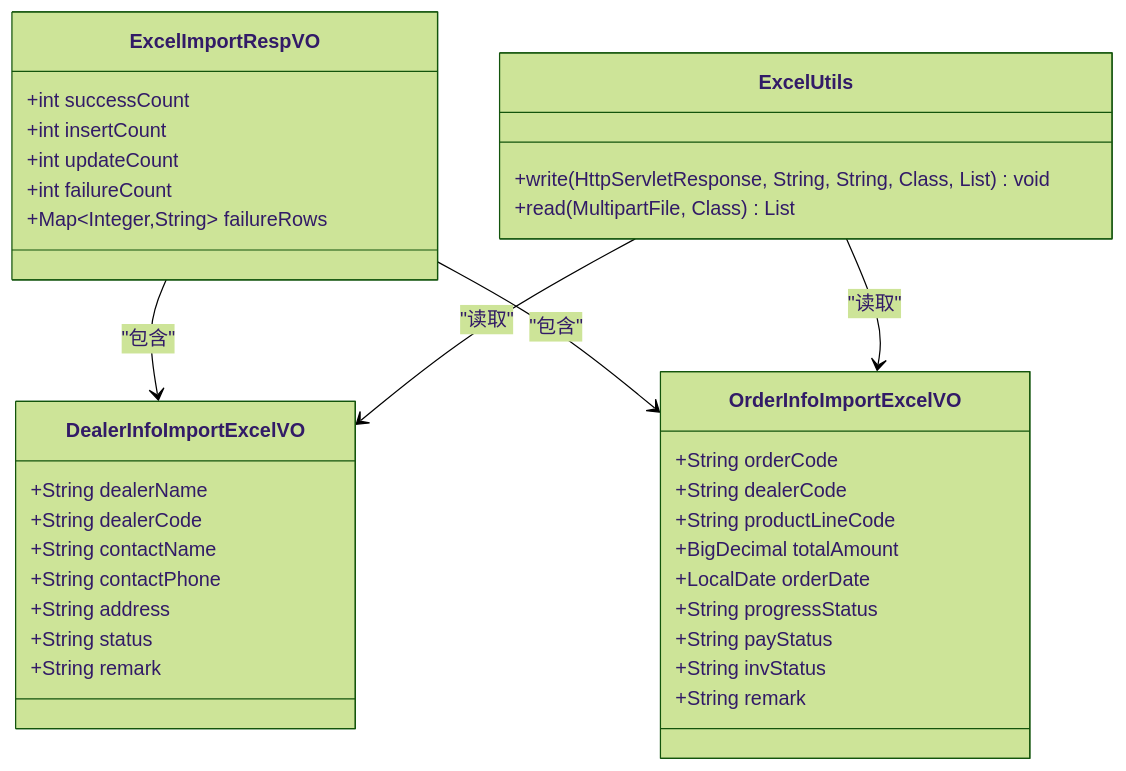
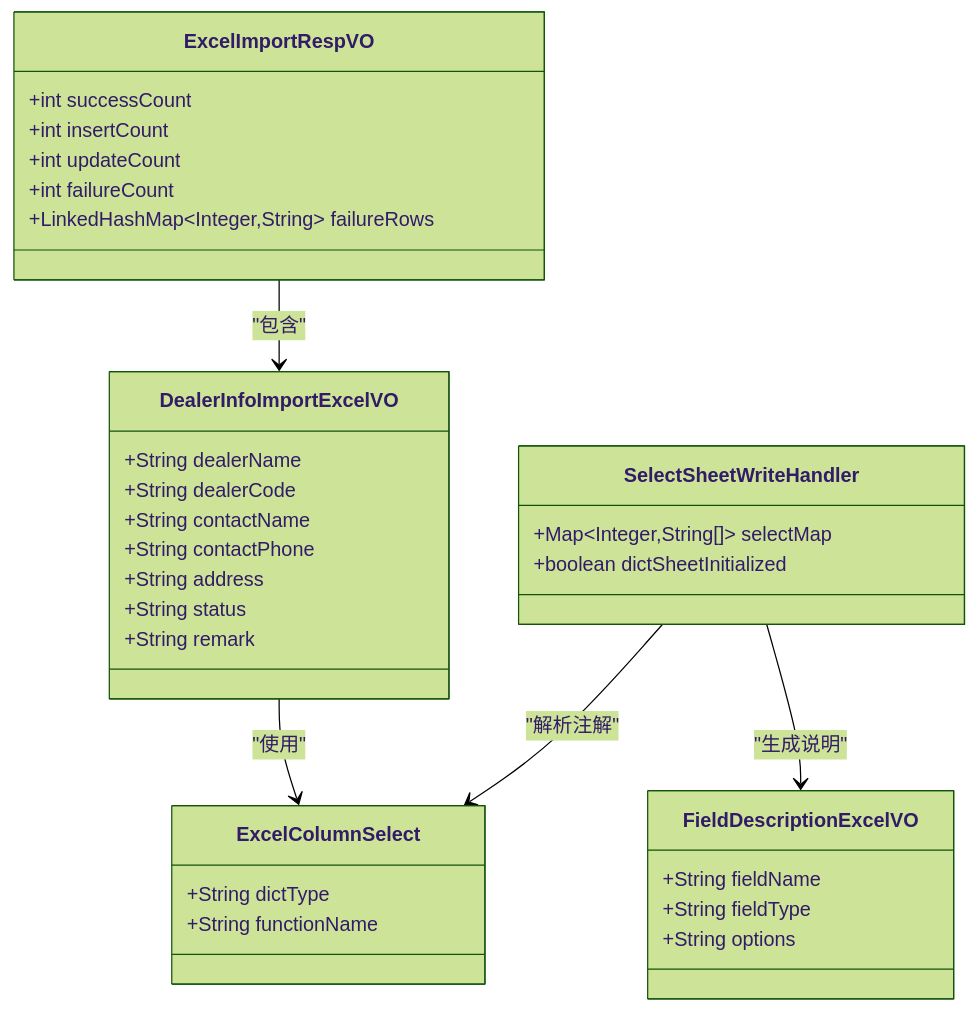
Before and after one commit to xiaoche80s-tech/rouyi-vue-pro: the third of 10 diagrams in .qoder/repowiki/zh/content/核心模块/Excel批量导入功能.md, drawn with Mermaid (forest theme). The commit also changed other lines of this file and 536 other files, not shown here.

````diff
--- a/.qoder/repowiki/zh/content/核心模块/Excel批量导入功能.md
+++ b/.qoder/repowiki/zh/content/核心模块/Excel批量导入功能.md
@@ -149,38 +186,36 @@
 ```mermaid
 classDiagram
 class ExcelImportRespVO {
 +int successCount
 +int insertCount
 +int updateCount
 +int failureCount
-+Map~Integer,String~ failureRows
++LinkedHashMap~Integer,String~ failureRows
 }
 class DealerInfoImportExcelVO {
 +String dealerName
 +String dealerCode
 +String contactName
 +String contactPhone
 +String address
 +String status
 +String remark
 }
-class OrderInfoImportExcelVO {
-+String orderCode
-+String dealerCode
-+String productLineCode
-+BigDecimal totalAmount
-+LocalDate orderDate
-+String progressStatus
-+String payStatus
-+String invStatus
-+String remark
+class FieldDescriptionExcelVO {
++String fieldName
++String fieldType
++String options
 }
-class ExcelUtils {
-+write(HttpServletResponse, String, String, Class, List) void
-+read(MultipartFile, Class) List
+class ExcelColumnSelect {
++String dictType
++String functionName
+}
+class SelectSheetWriteHandler {
++Map~Integer,String[]~ selectMap
++boolean dictSheetInitialized
 }
 ExcelImportRespVO --> DealerInfoImportExcelVO : "包含"
-ExcelImportRespVO --> OrderInfoImportExcelVO : "包含"
-ExcelUtils --> DealerInfoImportExcelVO : "读取"
-ExcelUtils --> OrderInfoImportExcelVO : "读取"
+DealerInfoImportExcelVO --> ExcelColumnSelect : "使用"
+SelectSheetWriteHandler --> ExcelColumnSelect : "解析注解"
+SelectSheetWriteHandler --> FieldDescriptionExcelVO : "生成说明"
 ```
````
